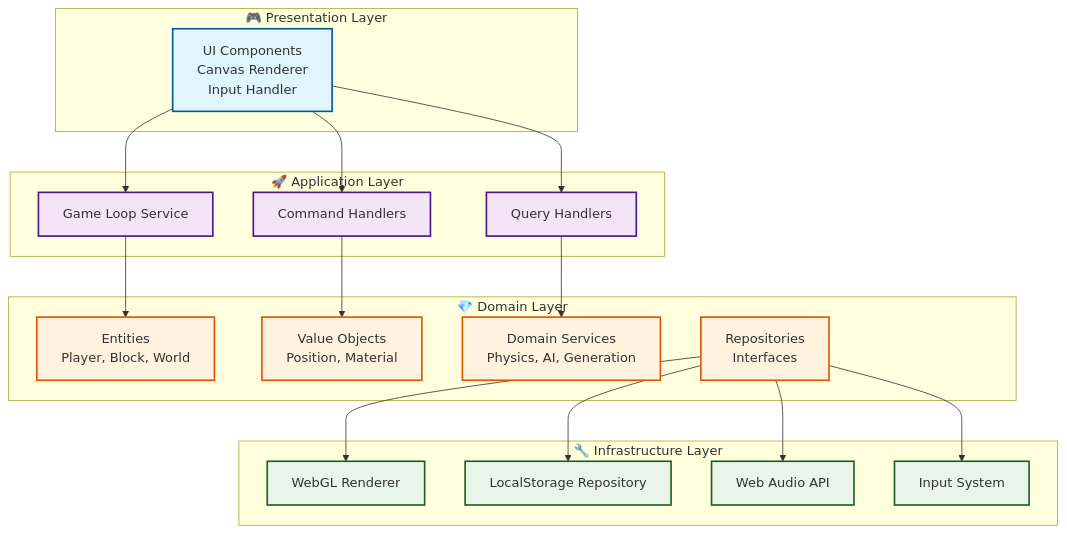
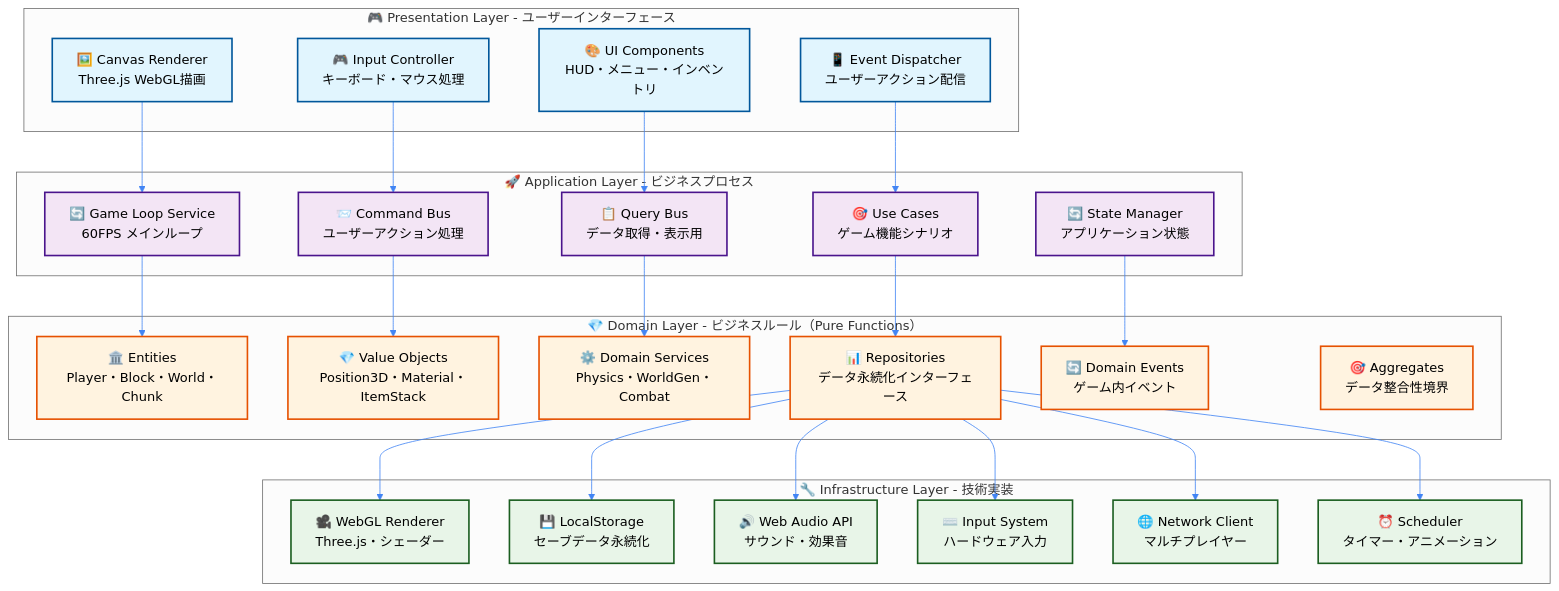
One commit to takeokunn/ts-minecraft changed the third of 5 diagrams in docs/00-quickstart/02-architecture-overview.md. Above: the diagram before and after it, drawn with Mermaid. The commit also changed other lines of this file and 106 other files, not shown here.

````diff
--- a/docs/00-quickstart/02-architecture-overview.md
+++ b/docs/00-quickstart/02-architecture-overview.md
@@ -159,49 +264,66 @@
 ```mermaid
+%%{init: {"theme": "neutral", "themeVariables": {"primaryColor": "#4285f4", "primaryTextColor": "#ffffff", "primaryBorderColor": "#ffffff", "lineColor": "#4285f4", "sectionBkgColor": "#f5f7fa", "tertiaryColor": "#f5f7fa"}}}%%
 graph TB
-    subgraph "🎮 Presentation Layer"
-        A1[UI Components<br/>Canvas Renderer<br/>Input Handler]
+    subgraph "🎮 Presentation Layer - ユーザーインターフェース"
+        A1["🖼️ Canvas Renderer<br/>Three.js WebGL描画"]
+        A2["🎮 Input Controller<br/>キーボード・マウス処理"]
+        A3["🎨 UI Components<br/>HUD・メニュー・インベントリ"]
+        A4["📱 Event Dispatcher<br/>ユーザーアクション配信"]
     end
 
-    subgraph "🚀 Application Layer"
-        B1[Game Loop Service]
-        B2[Command Handlers]
-        B3[Query Handlers]
+    subgraph "🚀 Application Layer - ビジネスプロセス"
+        B1["🔄 Game Loop Service<br/>60FPS メインループ"]
+        B2["📨 Command Bus<br/>ユーザーアクション処理"]
+        B3["📋 Query Bus<br/>データ取得・表示用"]
+        B4["🎯 Use Cases<br/>ゲーム機能シナリオ"]
+        B5["🔄 State Manager<br/>アプリケーション状態"]
     end
 
-    subgraph "💎 Domain Layer"
-        C1[Entities<br/>Player, Block, World]
-        C2[Value Objects<br/>Position, Material]
-        C3[Domain Services<br/>Physics, AI, Generation]
-        C4[Repositories<br/>Interfaces]
+    subgraph "💎 Domain Layer - ビジネスルール（Pure Functions）"
+        C1["🏛️ Entities<br/>Player・Block・World・Chunk"]
+        C2["💎 Value Objects<br/>Position3D・Material・ItemStack"]
+        C3["⚙️ Domain Services<br/>Physics・WorldGen・Combat"]
+        C4["📊 Repositories<br/>データ永続化インターフェース"]
+        C5["🔄 Domain Events<br/>ゲーム内イベント"]
+        C6["🎯 Aggregates<br/>データ整合性境界"]
     end
 
-    subgraph "🔧 Infrastructure Layer"
-        D1[WebGL Renderer]
-        D2[LocalStorage Repository]
-        D3[Web Audio API]
-        D4[Input System]
+    subgraph "🔧 Infrastructure Layer - 技術実装"
+        D1["🎥 WebGL Renderer<br/>Three.js・シェーダー"]
+        D2["💾 LocalStorage<br/>セーブデータ永続化"]
+        D3["🔊 Web Audio API<br/>サウンド・効果音"]
+        D4["⌨️ Input System<br/>ハードウェア入力"]
+        D5["🌐 Network Client<br/>マルチプレイヤー"]
+        D6["⏰ Scheduler<br/>タイマー・アニメーション"]
     end
 
+    %% データフロー（上から下）
     A1 --> B1
-    A1 --> B2
-    A1 --> B3
+    A2 --> B2
+    A3 --> B3
+    A4 --> B4
 
     B1 --> C1
     B2 --> C2
     B3 --> C3
+    B4 --> C4
+    B5 --> C5
 
+    %% 依存性注入（下から上）
     C4 --> D1
     C4 --> D2
     C4 --> D3
     C4 --> D4
+    C4 --> D5
+    C4 --> D6
 
-    classDef presentation fill:#e1f5fe,stroke:#01579b,stroke-width:2px
-    classDef application fill:#f3e5f5,stroke:#4a148c,stroke-width:2px
-    classDef domain fill:#fff3e0,stroke:#e65100,stroke-width:2px
-    classDef infrastructure fill:#e8f5e8,stroke:#1b5e20,stroke-width:2px
+    classDef presentation fill:#e1f5fe,stroke:#01579b,stroke-width:2px,color:#000
+    classDef application fill:#f3e5f5,stroke:#4a148c,stroke-width:2px,color:#000
+    classDef domain fill:#fff3e0,stroke:#e65100,stroke-width:2px,color:#000
+    classDef infrastructure fill:#e8f5e8,stroke:#1b5e20,stroke-width:2px,color:#000
 
-    class A1 presentation
-    class B1,B2,B3 application
-    class C1,C2,C3,C4 domain
-    class D1,D2,D3,D4 infrastructure
+    class A1,A2,A3,A4 presentation
+    class B1,B2,B3,B4,B5 application
+    class C1,C2,C3,C4,C5,C6 domain
+    class D1,D2,D3,D4,D5,D6 infrastructure
 ```
````
